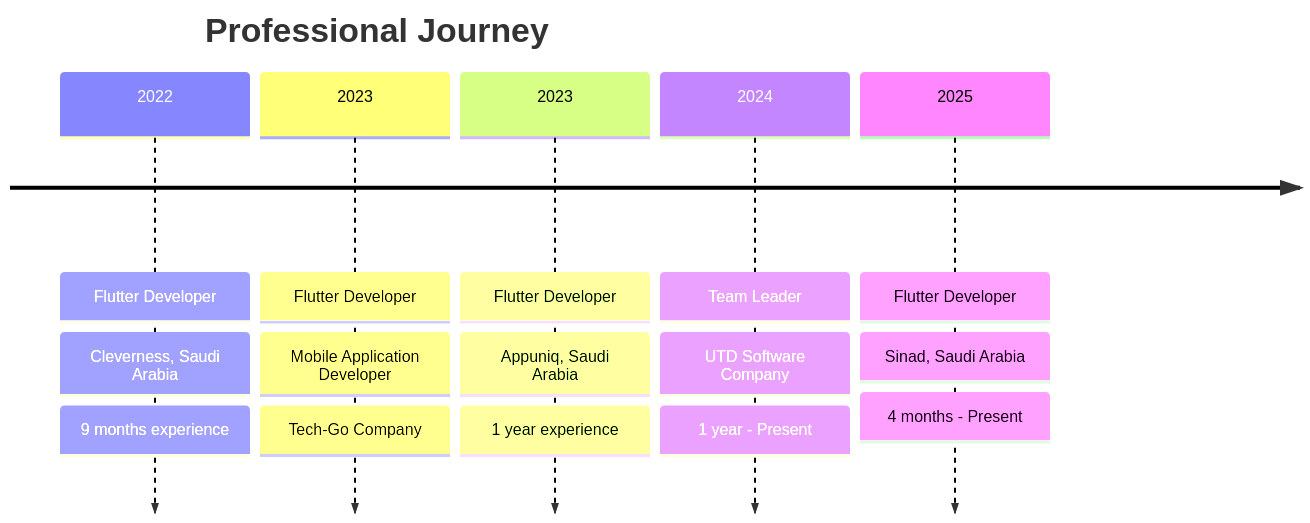
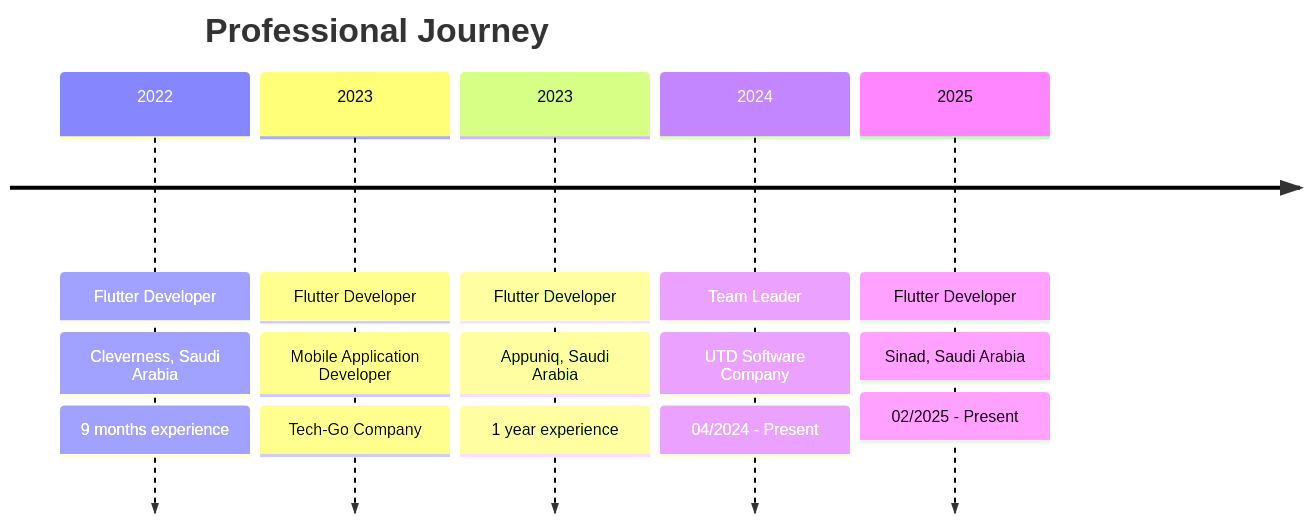
The second of 4 diagrams in README.md (MohammedHosny2002/MohammedHosny2002), drawn with Mermaid before and after one commit.

Commit message:
Update README.md
Update

````diff
--- a/README.md
+++ b/README.md
@@ -146,25 +146,25 @@
 ```mermaid
 timeline
     title Professional Journey
     
 
     2022 : Flutter Developer
          : Cleverness, Saudi Arabia
          : 9 months experience
 
     2023 : Flutter Developer
          : Mobile Application Developer
          : Tech-Go Company
     
     2023 : Flutter Developer
          : Appuniq, Saudi Arabia
          : 1 year experience
     
     2024 : Team Leader
          : UTD Software Company
-         : 1 year - Present
+         : 04/2024 - Present
 
     2025 : Flutter Developer
          : Sinad, Saudi Arabia
-         : 4 months - Present
+         : 02/2025 - Present
 ```
````
